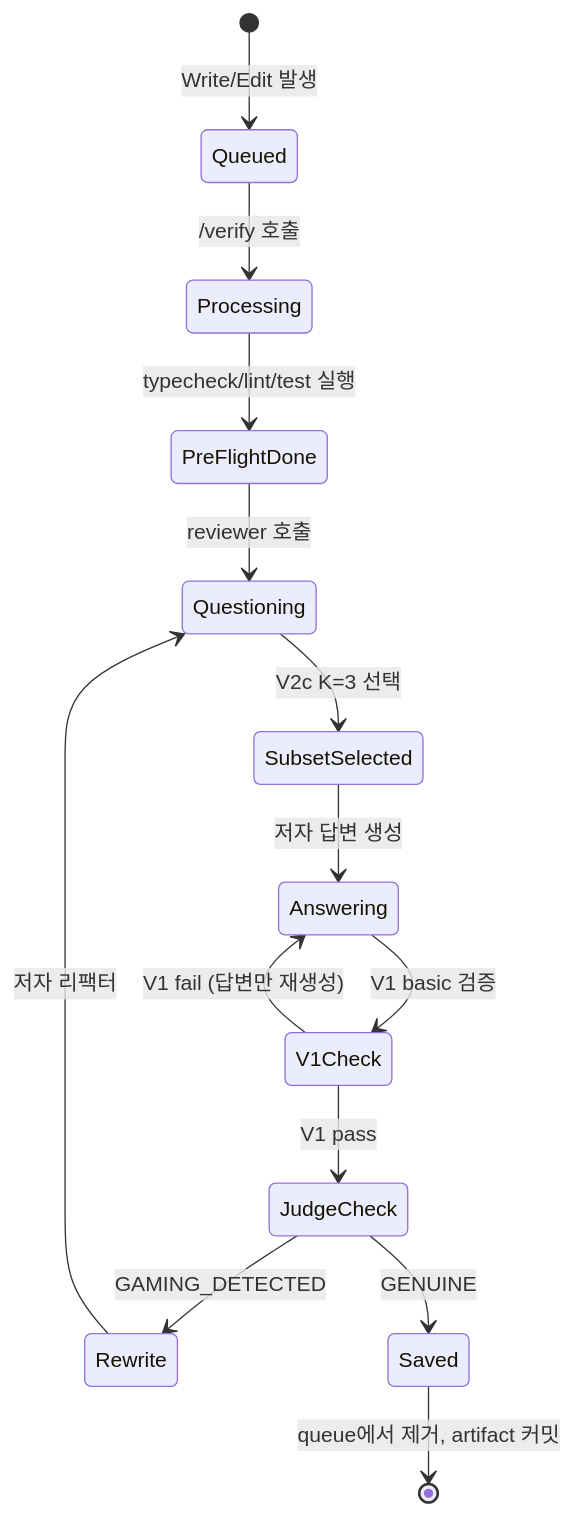
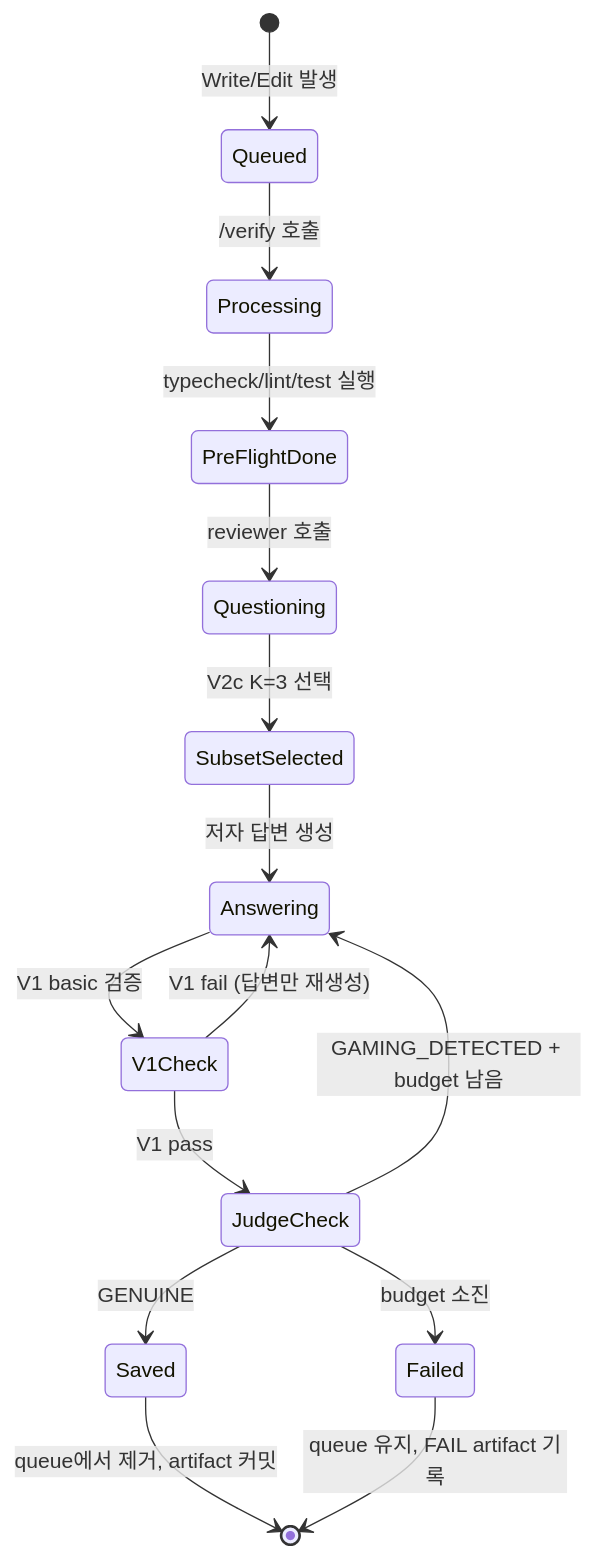
Diagram 11 of 12 in docs/09-검증-레이어-동작원리.md (Jimmy-Jung/ai-symbiote), drawn with Mermaid before and after one commit. The commit also changed other lines of this file and 3 other files, not shown here.

````diff
--- a/docs/09-검증-레이어-동작원리.md
+++ b/docs/09-검증-레이어-동작원리.md
@@ -291,16 +312,17 @@
 ```mermaid
 stateDiagram-v2
     [*] --> Queued: Write/Edit 발생
     Queued --> Processing: /verify 호출
     Processing --> PreFlightDone: typecheck/lint/test 실행
     PreFlightDone --> Questioning: reviewer 호출
     Questioning --> SubsetSelected: V2c K=3 선택
     SubsetSelected --> Answering: 저자 답변 생성
     Answering --> V1Check: V1 basic 검증
     V1Check --> Answering: V1 fail (답변만 재생성)
     V1Check --> JudgeCheck: V1 pass
-    JudgeCheck --> Rewrite: GAMING_DETECTED
+    JudgeCheck --> Answering: GAMING_DETECTED + budget 남음
+    JudgeCheck --> Failed: budget 소진
     JudgeCheck --> Saved: GENUINE
-    Rewrite --> Questioning: 저자 리팩터
     Saved --> [*]: queue에서 제거, artifact 커밋
+    Failed --> [*]: queue 유지, FAIL artifact 기록
 ```
````
